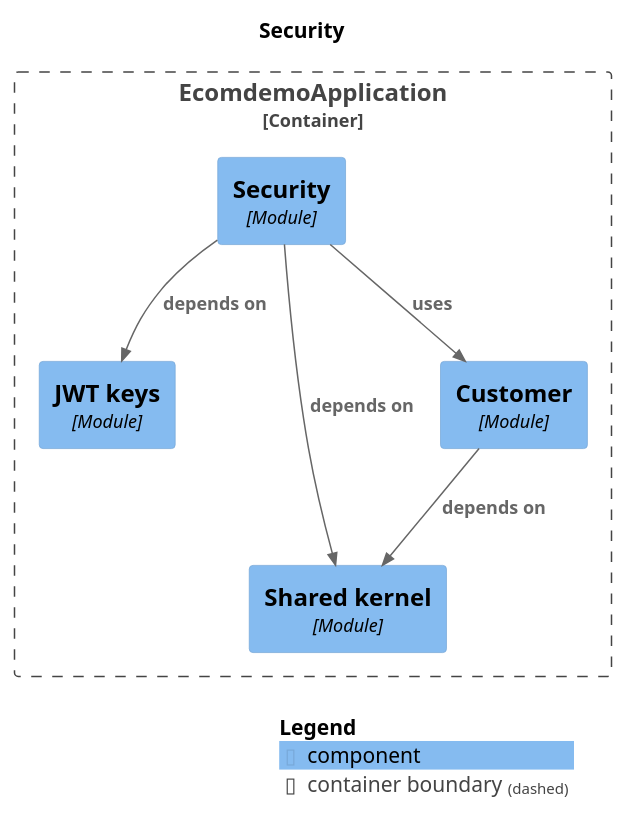
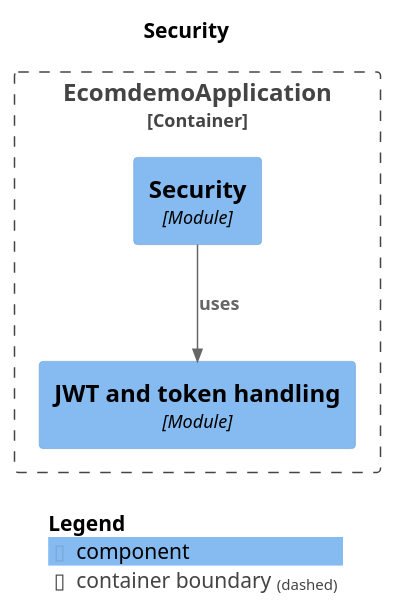
One commit to mr-sujay-patil/ecomdemo changed the diagram in docs/modules/module-security.puml. Above: the diagram before and after it, drawn with PlantUML. The commit also changed 96 other files, not shown here.

```diff
--- a/docs/modules/module-security.puml
+++ b/docs/modules/module-security.puml
@@ -1,24 +1,19 @@
 @startuml
 set separator none
 title Security
 
 top to bottom direction
 
 !include <C4/C4>
 !include <C4/C4_Context>
 !include <C4/C4_Component>
 
 Container_Boundary("EcomdemoApplication.EcomdemoApplication_boundary", "EcomdemoApplication", $tags="") {
   Component(EcomdemoApplication.EcomdemoApplication.Security, "Security", $techn="Module", $descr="", $tags="", $link="")
-  Component(EcomdemoApplication.EcomdemoApplication.JWTkeys, "JWT keys", $techn="Module", $descr="", $tags="", $link="")
-  Component(EcomdemoApplication.EcomdemoApplication.Sharedkernel, "Shared kernel", $techn="Module", $descr="", $tags="", $link="")
-  Component(EcomdemoApplication.EcomdemoApplication.Customer, "Customer", $techn="Module", $descr="", $tags="", $link="")
+  Component(EcomdemoApplication.EcomdemoApplication.JWTandtokenhandling, "JWT and token handling", $techn="Module", $descr="", $tags="", $link="")
 }
 
-Rel(EcomdemoApplication.EcomdemoApplication.Customer, EcomdemoApplication.EcomdemoApplication.Sharedkernel, "depends on", $techn="", $tags="", $link="")
-Rel(EcomdemoApplication.EcomdemoApplication.Security, EcomdemoApplication.EcomdemoApplication.Customer, "uses", $techn="", $tags="", $link="")
-Rel(EcomdemoApplication.EcomdemoApplication.Security, EcomdemoApplication.EcomdemoApplication.JWTkeys, "depends on", $techn="", $tags="", $link="")
-Rel(EcomdemoApplication.EcomdemoApplication.Security, EcomdemoApplication.EcomdemoApplication.Sharedkernel, "depends on", $techn="", $tags="", $link="")
+Rel(EcomdemoApplication.EcomdemoApplication.Security, EcomdemoApplication.EcomdemoApplication.JWTandtokenhandling, "uses", $techn="", $tags="", $link="")
 
 SHOW_LEGEND(true)
 @enduml
```
